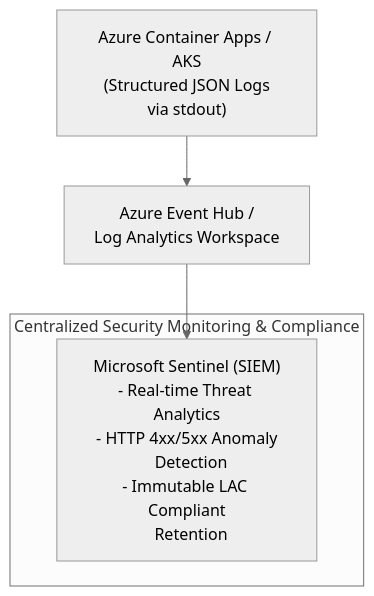
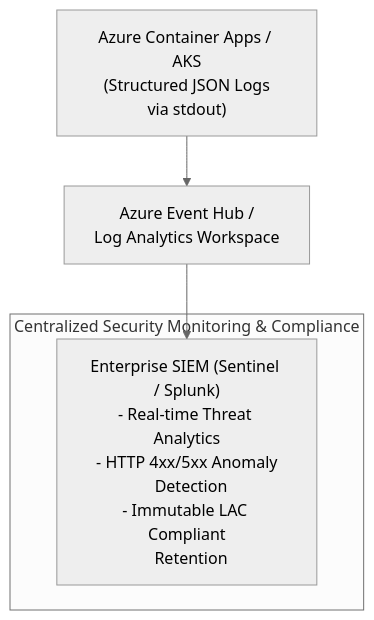
One commit to wyzdr/workforce-data-service changed the second of 2 diagrams in docs/SECURITY.md. Above: the diagram before and after it, drawn with Mermaid (neutral theme). The commit also changed other lines of this file, not shown here.

````diff
--- a/docs/SECURITY.md
+++ b/docs/SECURITY.md
@@ -67,10 +67,10 @@
 ```mermaid
 flowchart TD
     API["Azure Container Apps / AKS<br/>(Structured JSON Logs<br/>via stdout)"] --> Hub["Azure Event Hub /<br/>Log Analytics Workspace"]
     
     subgraph EnterpriseSIEM ["Centralized Security Monitoring & Compliance"]
-        SIEM["Microsoft Sentinel (SIEM)<br/>- Real-time Threat Analytics<br/>- HTTP 4xx/5xx Anomaly<br/>  Detection<br/>- Immutable LAC Compliant<br/>  Retention"]
+        SIEM["Enterprise SIEM (Sentinel / Splunk)<br/>- Real-time Threat Analytics<br/>- HTTP 4xx/5xx Anomaly<br/>  Detection<br/>- Immutable LAC Compliant<br/>  Retention"]
     end
 
     Hub --> SIEM
 ```
````
